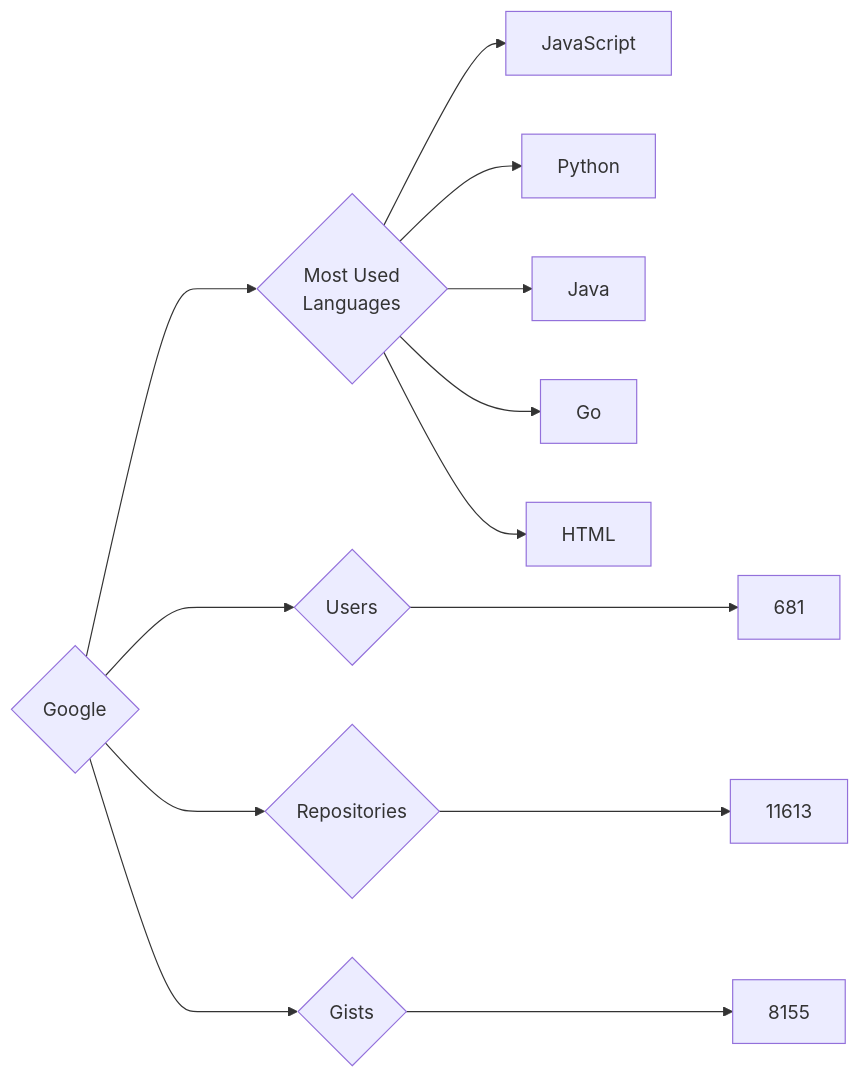
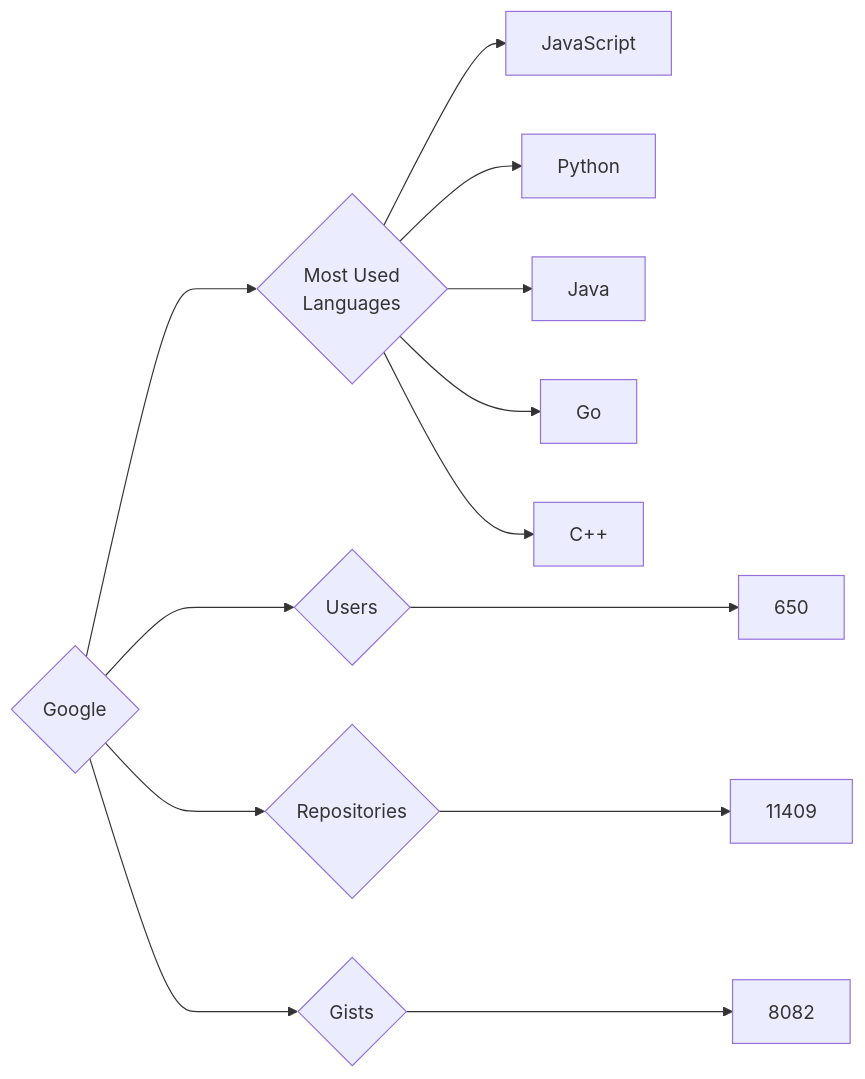
The diagram in targets/Google/README.md (trickest/insiders), drawn with Mermaid before and after one commit. The commit also changed 777 other files, not shown here.

````diff
--- a/targets/Google/README.md
+++ b/targets/Google/README.md
@@ -3,13 +3,13 @@
 ```mermaid
 graph LR
 COMPANY_NAME{Google}
-COMPANY_NAME ---> U{Users} ---> UN[681]
-COMPANY_NAME ---> R{Repositories} ---> RN[11613]
-COMPANY_NAME ---> G{Gists} ---> GN[8155]
+COMPANY_NAME ---> U{Users} ---> UN[650]
+COMPANY_NAME ---> R{Repositories} ---> RN[11409]
+COMPANY_NAME ---> G{Gists} ---> GN[8082]
 COMPANY_NAME ---> ML{Most Used<br>Languages}
 ML --> JavaScript[JavaScript]
 ML --> Python[Python]
 ML --> Java[Java]
 ML --> Go[Go]
-ML --> HTML[HTML]
+ML --> C++[C++]
 ```
````
